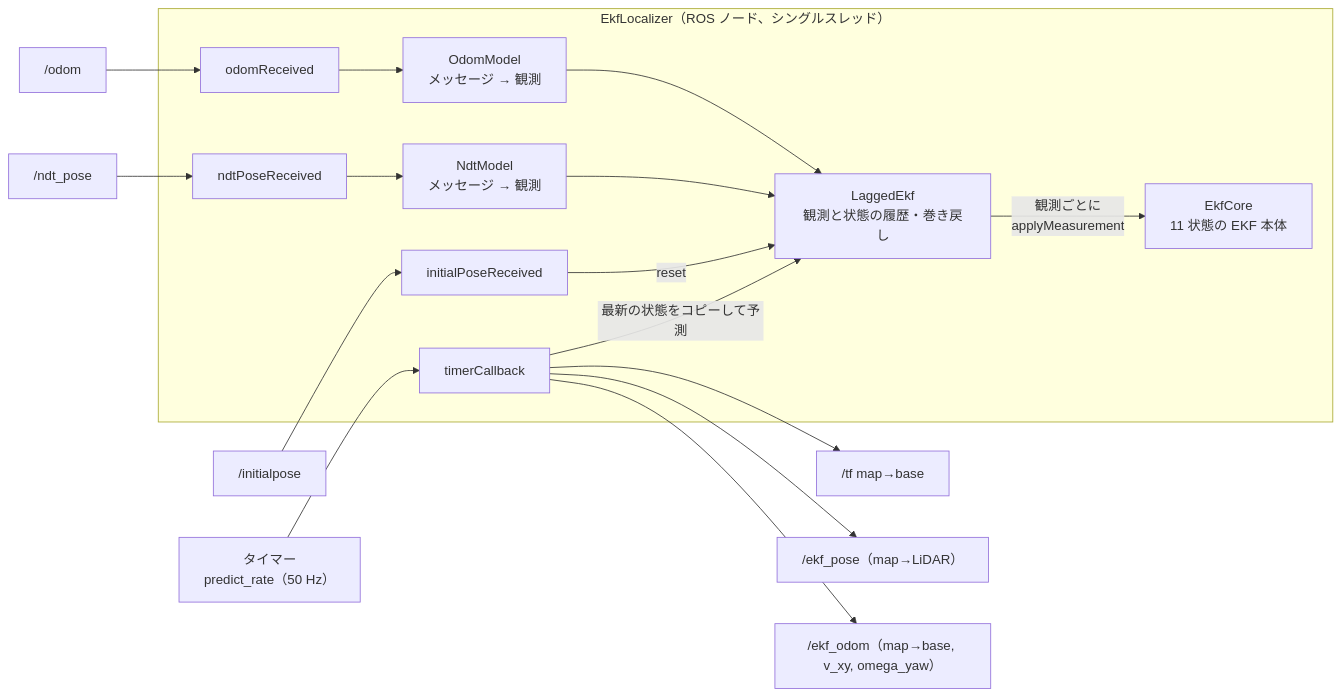
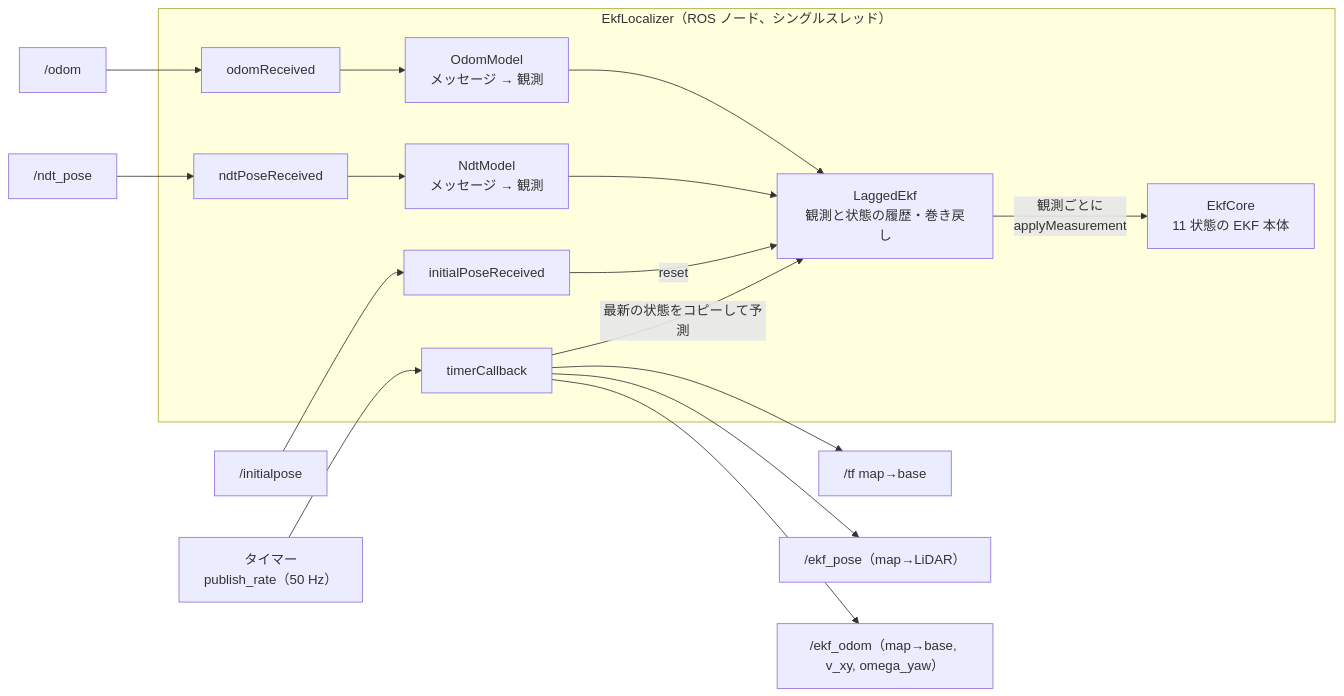
The first of 5 diagrams in docs/ekf_flow.md (MaeharaTakumi/ekf_localizer), drawn with Mermaid before and after one commit. The commit also changed other lines of this file and 26 other files, not shown here.

````diff
--- a/docs/ekf_flow.md
+++ b/docs/ekf_flow.md
@@ -7,23 +7,23 @@
 ```mermaid
 flowchart LR
   odom["/odom"] --> cbO["odomReceived"]
   ndt["/ndt_pose"] --> cbN["ndtPoseReceived"]
   ip["/initialpose"] --> cbI["initialPoseReceived"]
-  timer["タイマー<br/>predict_rate（50 Hz）"] --> cbT["timerCallback"]
+  timer["タイマー<br/>publish_rate（50 Hz）"] --> cbT["timerCallback"]
 
   subgraph node["EkfLocalizer（ROS ノード、シングルスレッド）"]
     cbO --> om["OdomModel<br/>メッセージ → 観測"]
     cbN --> nm["NdtModel<br/>メッセージ → 観測"]
     om --> lag
     nm --> lag
     cbI -->|reset| lag
     lag["LaggedEkf<br/>観測と状態の履歴・巻き戻し"]
     core["EkfCore<br/>11 状態の EKF 本体"]
     lag -->|観測ごとに<br/>applyMeasurement| core
     cbT -->|最新の状態をコピーして予測| lag
   end
 
   cbT --> tf["/tf map→base"]
   cbT --> ep["/ekf_pose（map→LiDAR）"]
   cbT --> eo["/ekf_odom（map→base, v_xy, omega_yaw）"]
 ```
````
